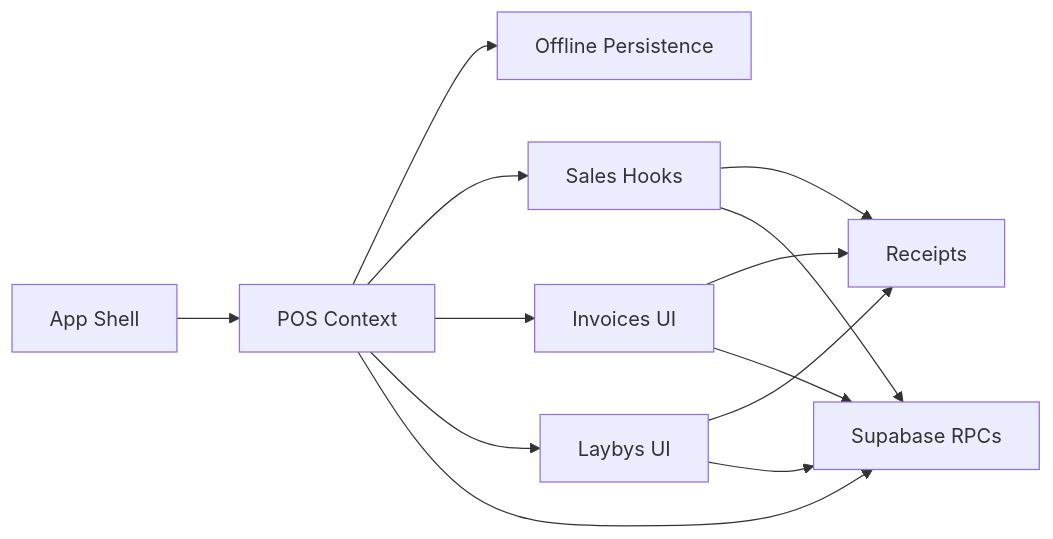
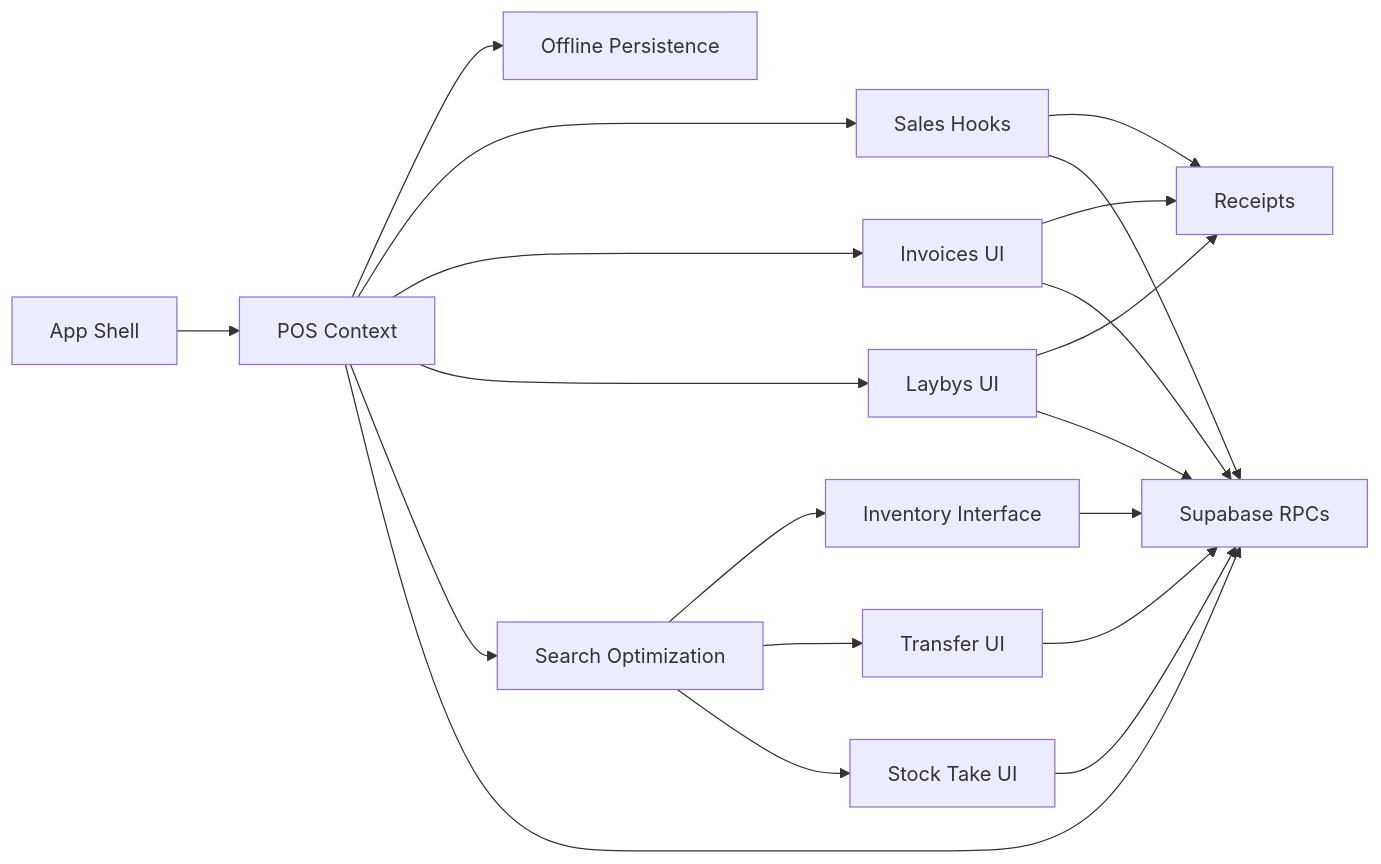
One commit to themclloyd/storq changed diagram 11 of 11 in .qoder/repowiki/en/content/Point of Sale System/Point of Sale System.md. Above: the diagram before and after it, drawn with Mermaid. The commit also changed other lines of this file and 45 other files, not shown here.

First line of the commit message:
feat(database): enhance POS schema with security and retail operations

````diff
--- a/.qoder/repowiki/en/content/Point of Sale System/Point of Sale System.md
+++ b/.qoder/repowiki/en/content/Point of Sale System/Point of Sale System.md
@@ -346,15 +446,22 @@
 ```mermaid
 graph LR
 App["App Shell"] --> PosCtx["POS Context"]
 PosCtx --> Offline["Offline Persistence"]
 PosCtx --> Sales["Sales Hooks"]
 PosCtx --> Invoices["Invoices UI"]
 PosCtx --> Laybys["Laybys UI"]
+PosCtx --> SearchOpt["Search Optimization"]
+SearchOpt --> Inventory["Inventory Interface"]
+SearchOpt --> Transfers["Transfer UI"]
+SearchOpt --> StockTake["Stock Take UI"]
 Sales --> Receipts["Receipts"]
 Invoices --> Receipts
 Laybys --> Receipts
 PosCtx --> DB["Supabase RPCs"]
 Sales --> DB
 Invoices --> DB
 Laybys --> DB
+Inventory --> DB
+Transfers --> DB
+StockTake --> DB
 ```
````
